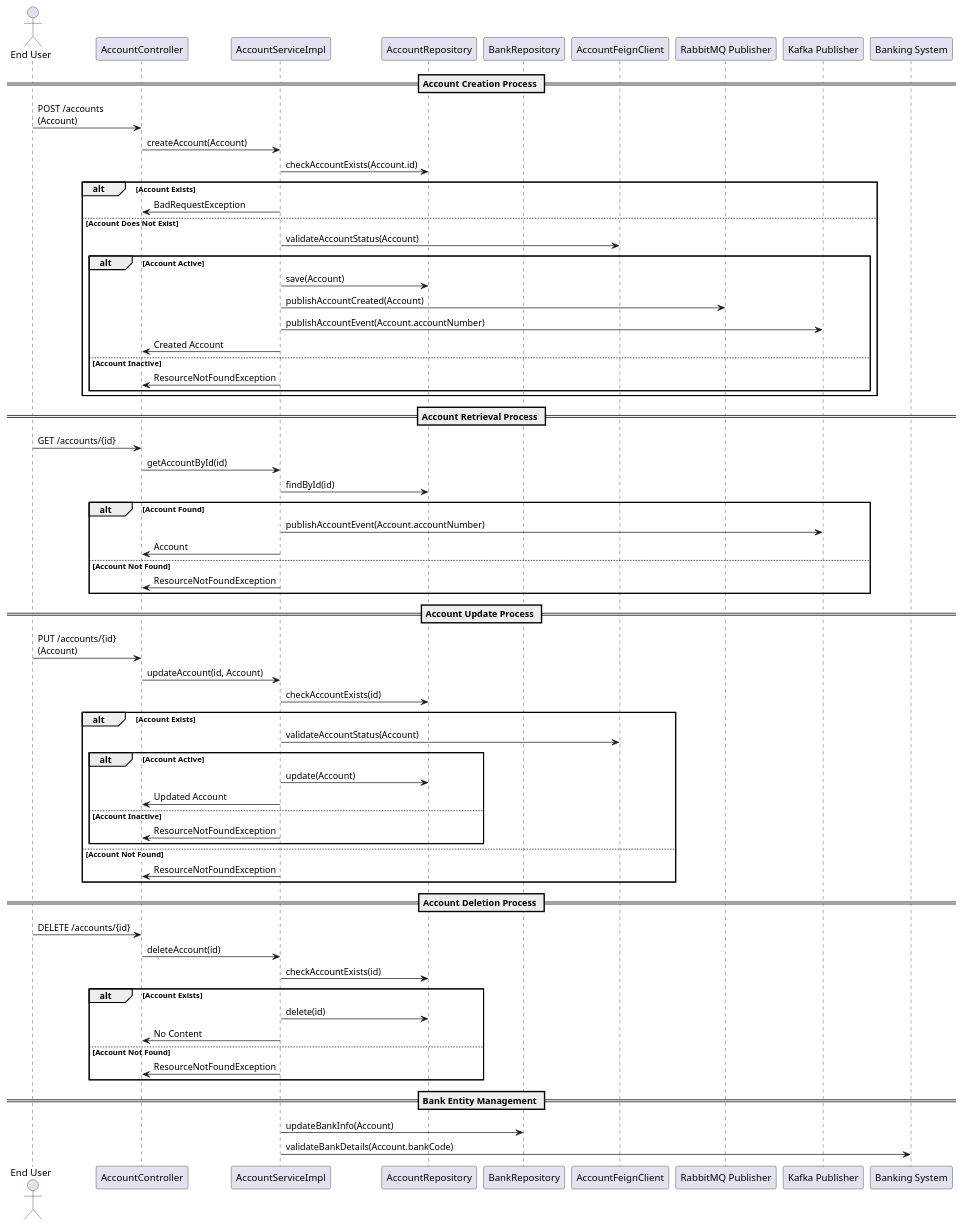
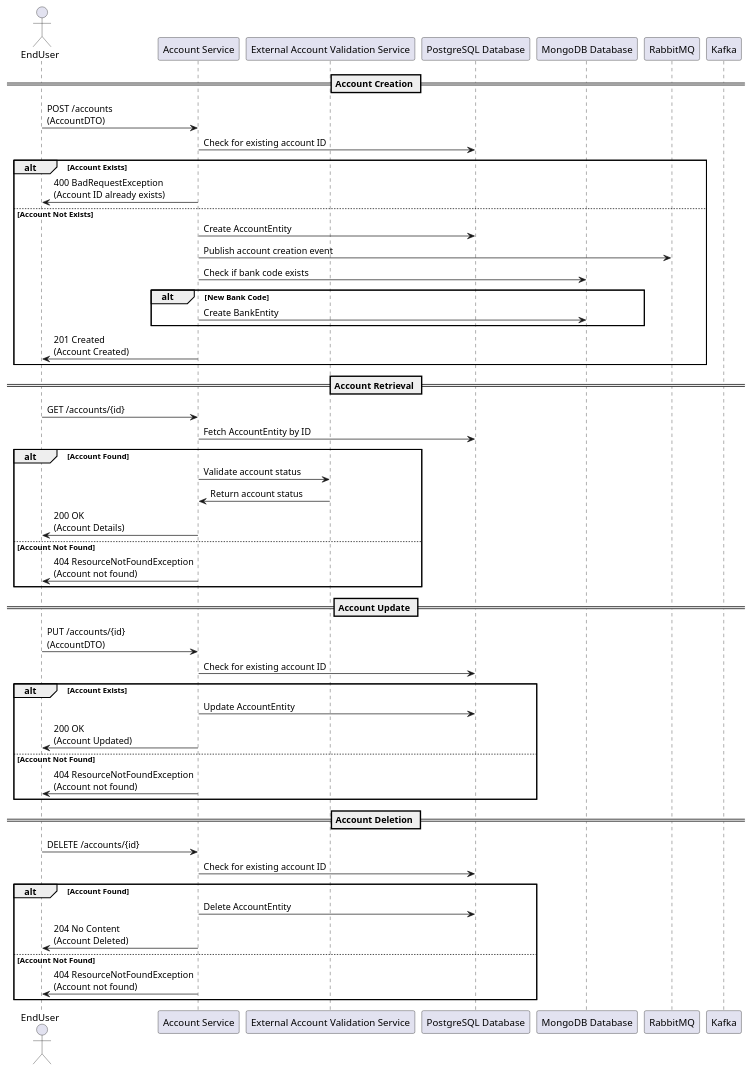
The diagram in GeneratedDesignDocument/AccountService_demo_trial_12.md (Bhaskar-Pavan/AccountService), drawn with PlantUML before and after one commit. The commit also changed other lines of this file, not shown here.

````diff
--- a/GeneratedDesignDocument/AccountService_demo_trial_12.md
+++ b/GeneratedDesignDocument/AccountService_demo_trial_12.md
@@ -39,74 +46,58 @@
 ```plantuml
 @startuml
-actor "End User" as User
-participant "AccountController" as Controller
-participant "AccountServiceImpl" as Service
-participant "AccountRepository" as AccountRepo
-participant "BankRepository" as BankRepo
-participant "AccountFeignClient" as FeignClient
-participant "RabbitMQ Publisher" as RabbitMQ
-participant "Kafka Publisher" as Kafka
-participant "Banking System" as BankingSystem
+actor EndUser as User
+participant "Account Service" as AccountService
+participant "External Account Validation Service" as ValidationService
+participant "PostgreSQL Database" as PostgreSQL
+participant "MongoDB Database" as MongoDB
+participant "RabbitMQ" as RabbitMQ
+participant "Kafka" as Kafka
 
-== Account Creation Process ==
-User -> Controller : POST /accounts\n(Account)
-Controller -> Service : createAccount(Account)
-Service -> AccountRepo : checkAccountExists(Account.id)
+== Account Creation ==
+User -> AccountService: POST /accounts\n(AccountDTO)
+AccountService -> PostgreSQL: Check for existing account ID
 alt Account Exists
-    Service -> Controller : BadRequestException
-else Account Does Not Exist
-    Service -> FeignClient : validateAccountStatus(Account)
-    alt Account Active
-        Service -> AccountRepo : save(Account)
-        Service -> RabbitMQ : publishAccountCreated(Account)
-        Service -> Kafka : publishAccountEvent(Account.accountNumber)
-        Service -> Controller : Created Account
-    else Account Inactive
-        Service -> Controller : ResourceNotFoundException
+    AccountService -> User: 400 BadRequestException\n(Account ID already exists)
+else Account Not Exists
+    AccountService -> PostgreSQL: Create AccountEntity
+    AccountService -> RabbitMQ: Publish account creation event
+    AccountService -> MongoDB: Check if bank code exists
+    alt New Bank Code
+        AccountService -> MongoDB: Create BankEntity
     end
+    AccountService -> User: 201 Created\n(Account Created)
 end
 
-== Account Retrieval Process ==
-User -> Controller : GET /accounts/{id}
-Controller -> Service : getAccountById(id)
-Service -> AccountRepo : findById(id)
+== Account Retrieval ==
+User -> AccountService: GET /accounts/{id}
+AccountService -> PostgreSQL: Fetch AccountEntity by ID
 alt Account Found
-    Service -> Kafka : publishAccountEvent(Account.accountNumber)
-    Service -> Controller : Account
+    AccountService -> ValidationService: Validate account status
+    ValidationService -> AccountService: Return account status
+    AccountService -> User: 200 OK\n(Account Details)
 else Account Not Found
-    Service -> Controller : ResourceNotFoundException
+    AccountService -> User: 404 ResourceNotFoundException\n(Account not found)
 end
 
-== Account Update Process ==
-User -> Controller : PUT /accounts/{id}\n(Account)
-Controller -> Service : updateAccount(id, Account)
-Service -> AccountRepo : checkAccountExists(id)
+== Account Update ==
+User -> AccountService: PUT /accounts/{id}\n(AccountDTO)
+AccountService -> PostgreSQL: Check for existing account ID
 alt Account Exists
-    Service -> FeignClient : validateAccountStatus(Account)
-    alt Account Active
-        Service -> AccountRepo : update(Account)
-        Service -> Controller : Updated Account
-    else Account Inactive
-        Service -> Controller : ResourceNotFoundException
-    end
+    AccountService -> PostgreSQL: Update AccountEntity
+    AccountService -> User: 200 OK\n(Account Updated)
 else Account Not Found
-    Service -> Controller : ResourceNotFoundException
+    AccountService -> User: 404 ResourceNotFoundException\n(Account not found)
 end
 
-== Account Deletion Process ==
-User -> Controller : DELETE /accounts/{id}
-Controller -> Service : deleteAccount(id)
-Service -> AccountRepo : checkAccountExists(id)
-alt Account Exists
-    Service -> AccountRepo : delete(id)
-    Service -> Controller : No Content
+== Account Deletion ==
+User -> AccountService: DELETE /accounts/{id}
+AccountService -> PostgreSQL: Check for existing account ID
+alt Account Found
+    AccountService -> PostgreSQL: Delete AccountEntity
+    AccountService -> User: 204 No Content\n(Account Deleted)
 else Account Not Found
-    Service -> Controller : ResourceNotFoundException
+    AccountService -> User: 404 ResourceNotFoundException\n(Account not found)
 end
-
-== Bank Entity Management ==
-Service -> BankRepo : updateBankInfo(Account)
-Service -> BankingSystem : validateBankDetails(Account.bankCode)
 
 @enduml
 ```
````
